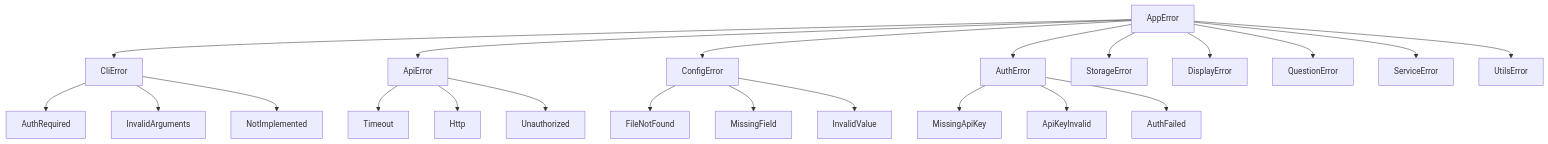
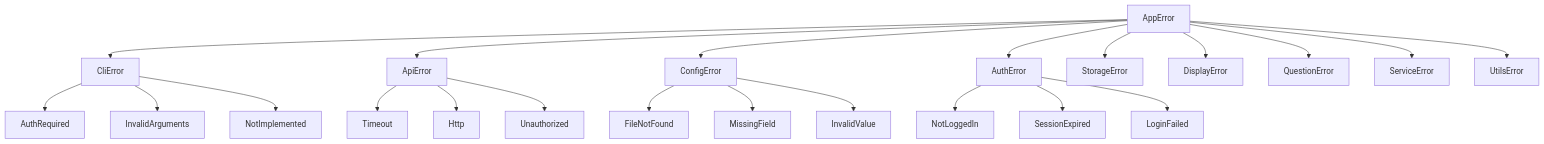
The fifth of 8 diagrams in ARCHITECTURE.md (daisuke8000/mbr-cli), drawn with Mermaid before and after one commit. The commit also changed other lines of this file and 1 other file, not shown here.

First line of the commit message:
docs: align CLAUDE.md and ARCHITECTURE.md with session authentication (#74)

````diff
--- a/ARCHITECTURE.md
+++ b/ARCHITECTURE.md
@@ -101,28 +142,28 @@
 ```mermaid
 graph TD
     AppError[AppError] --> CliError
     AppError --> ApiError
     AppError --> ConfigError
     AppError --> AuthError
     AppError --> StorageError
     AppError --> DisplayError
     AppError --> QuestionError
     AppError --> ServiceError
     AppError --> UtilsError
 
     CliError --> C1[AuthRequired]
     CliError --> C2[InvalidArguments]
     CliError --> C3[NotImplemented]
 
     ApiError --> A1[Timeout]
     ApiError --> A2[Http]
     ApiError --> A3[Unauthorized]
 
-    AuthError --> AU1[MissingApiKey]
-    AuthError --> AU2[ApiKeyInvalid]
-    AuthError --> AU3[AuthFailed]
+    AuthError --> AU1[NotLoggedIn]
+    AuthError --> AU2[SessionExpired]
+    AuthError --> AU3[LoginFailed]
 
     ConfigError --> CF1[FileNotFound]
     ConfigError --> CF2[MissingField]
     ConfigError --> CF3[InvalidValue]
 ```
````
